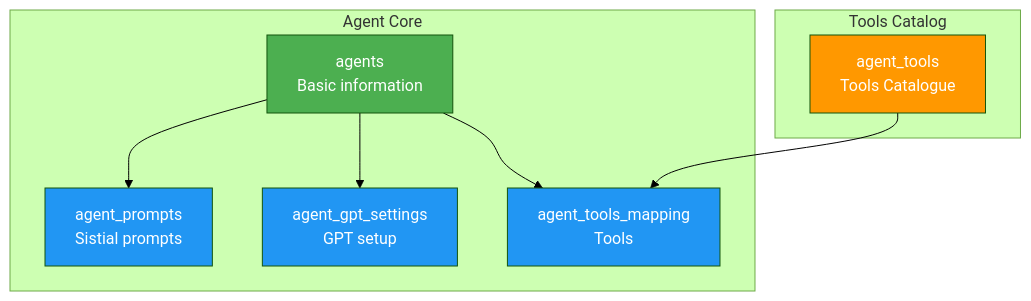
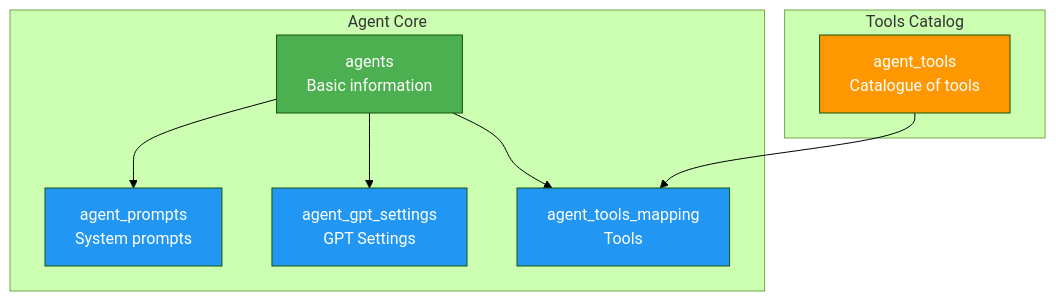
One commit to Maxi-online/hr-intelligence-platform changed the second of 11 diagrams in components/office_services/central_database/DATABASE_DIAGRAM.md. Above: the diagram before and after it, drawn with Mermaid (forest theme). The commit also changed other lines of this file and 11 other files, not shown here.

````diff
--- a/components/office_services/central_database/DATABASE_DIAGRAM.md
+++ b/components/office_services/central_database/DATABASE_DIAGRAM.md
@@ -340,24 +340,24 @@
 ```mermaid
 graph TB
     subgraph "Agent Core"
-        A[agents<br/> Basic information]
-        P[agent_prompts<br/>Sistial prompts]
-        G[agent_gpt_settings<br/>GPT setup]
-        T[agent_tools_mapping<br/> Tools]
+        A[agents<br/>Basic information]
+        P[agent_prompts<br/>System prompts]
+        G[agent_gpt_settings<br/>GPT Settings]
+        T[agent_tools_mapping<br/>Tools]
         
         A --> P
         A --> G
         A --> T
     end
     
     subgraph "Tools Catalog"
-        TC[agent_tools<br/> Tools Catalogue]
+        TC[agent_tools<br/>Catalogue of tools]
         TC --> T
     end
     
     style A fill:#4CAF50,color:#fff
     style P fill:#2196F3,color:#fff
     style G fill:#2196F3,color:#fff
     style T fill:#2196F3,color:#fff
     style TC fill:#FF9800,color:#fff
 ```
````
